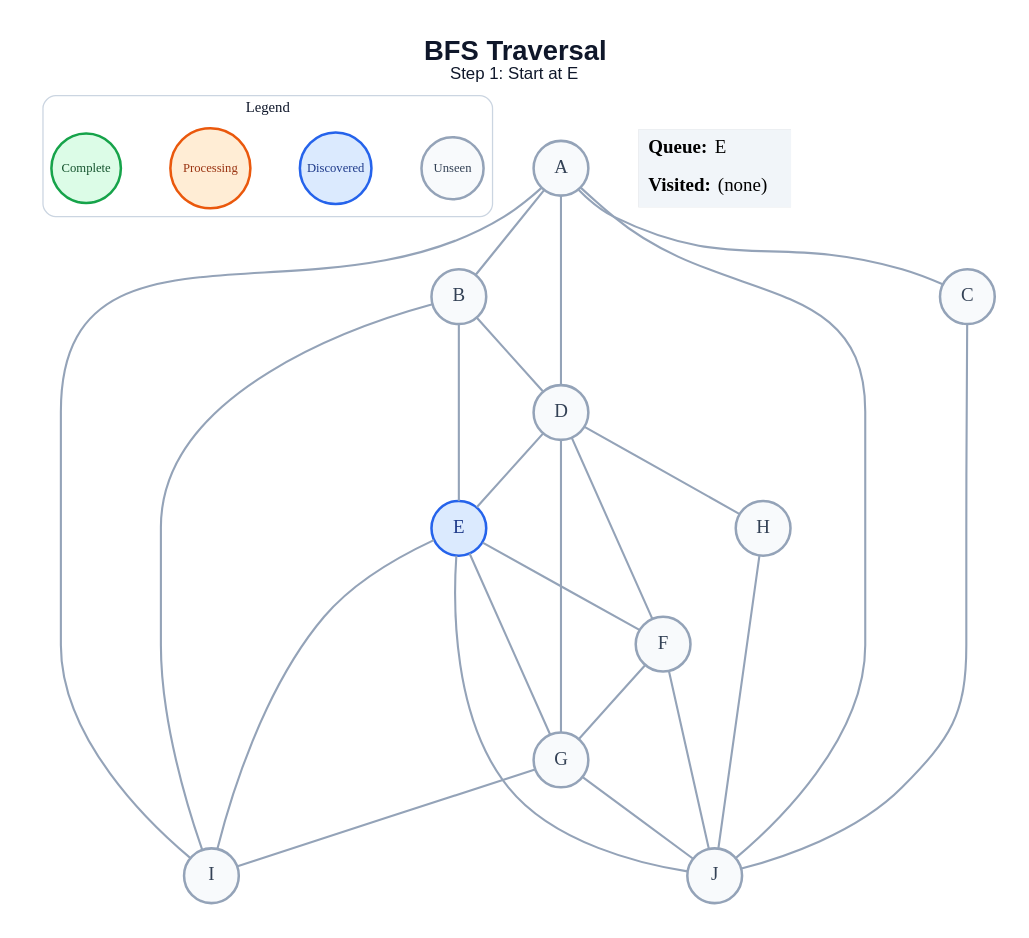
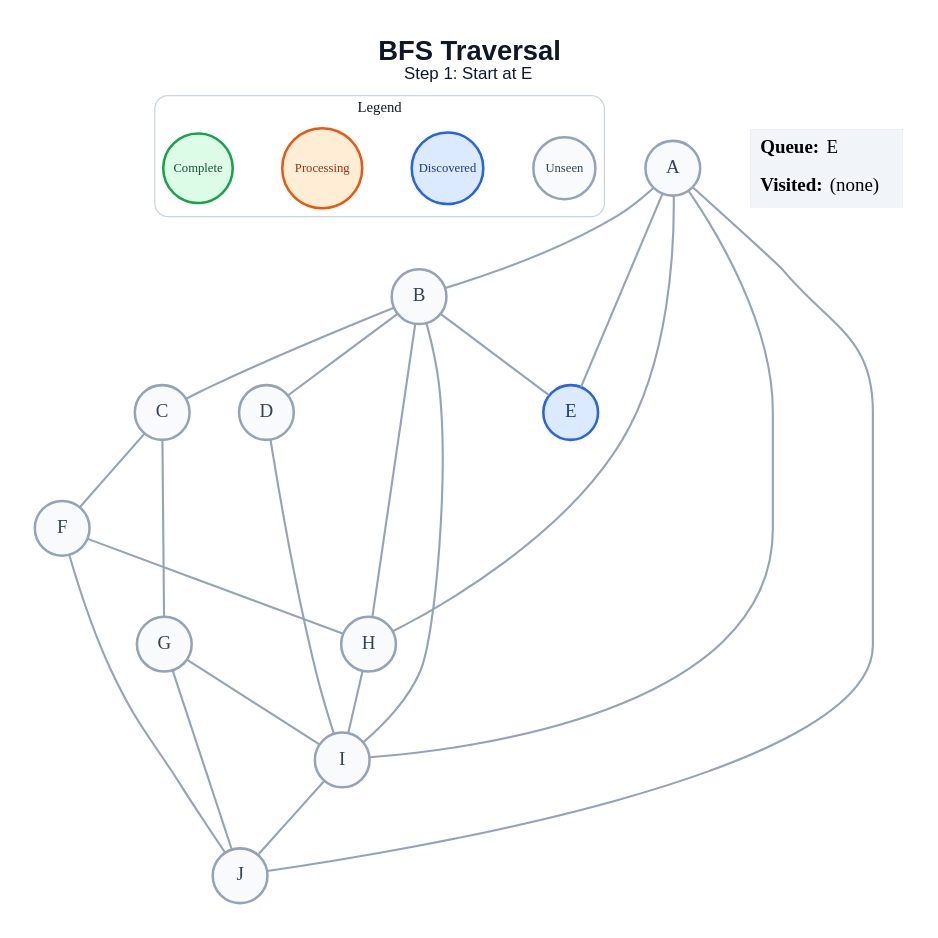
One commit to amanghodawala9/ai-slop changed the diagram in generated/specific-node/bfs/step_01.dot. Above: the diagram before and after it, drawn with Graphviz. The commit also changed 178 other files, not shown here.

```diff
--- a/generated/specific-node/bfs/step_01.dot
+++ b/generated/specific-node/bfs/step_01.dot
@@ -1,51 +1,48 @@
 graph traversal {
   graph [layout=dot, rankdir=TB, bgcolor="#FFFFFF", pad="0.35", nodesep="0.65", ranksep="0.8", fontname="Arial"];
   node [shape=circle, style="filled", fontname="Arial Bold", fontsize=18, width=0.72, fixedsize=true, penwidth=2.4];
   edge [color="#94A3B8", penwidth=2.0];
   label=<<B>BFS Traversal</B><BR/><FONT POINT-SIZE="16">Step 1: Start at E</FONT>>; labelloc="t"; fontsize=26; fontname="Arial"; fontcolor="#0F172A";
   subgraph cluster_legend { label="Legend"; color="#CBD5E1"; penwidth=1.2; style="rounded"; fontsize=14; fontname="Arial Bold";
     key_unseen [label="Unseen", fillcolor="#F8FAFC", color="#94A3B8", fontcolor="#334155", fontsize=12, width=0.82];
     key_frontier [label="Discovered", fillcolor="#DBEAFE", color="#2563EB", fontcolor="#1E3A8A", fontsize=12, width=0.95];
     key_current [label="Processing", fillcolor="#FFEDD5", color="#EA580C", fontcolor="#9A3412", fontsize=12, width=1.05];
     key_done [label="Complete", fillcolor="#DCFCE7", color="#16A34A", fontcolor="#14532D", fontsize=12, width=0.92];
     { rank=same; key_unseen; key_frontier; key_current; key_done; }
   }
   A [fillcolor="#F8FAFC", color="#94A3B8", fontcolor="#334155"];
   B [fillcolor="#F8FAFC", color="#94A3B8", fontcolor="#334155"];
   C [fillcolor="#F8FAFC", color="#94A3B8", fontcolor="#334155"];
   D [fillcolor="#F8FAFC", color="#94A3B8", fontcolor="#334155"];
   E [fillcolor="#DBEAFE", color="#2563EB", fontcolor="#1E3A8A"];
   F [fillcolor="#F8FAFC", color="#94A3B8", fontcolor="#334155"];
   G [fillcolor="#F8FAFC", color="#94A3B8", fontcolor="#334155"];
   H [fillcolor="#F8FAFC", color="#94A3B8", fontcolor="#334155"];
   I [fillcolor="#F8FAFC", color="#94A3B8", fontcolor="#334155"];
   J [fillcolor="#F8FAFC", color="#94A3B8", fontcolor="#334155"];
   A -- B;
-  A -- C;
-  A -- D;
+  A -- E;
+  A -- H;
   A -- I;
   A -- J;
+  B -- C;
   B -- D;
   B -- E;
+  B -- H;
   B -- I;
-  C -- J;
-  D -- E;
-  D -- F;
-  D -- G;
-  D -- H;
-  E -- F;
-  E -- G;
-  E -- I;
-  E -- J;
-  F -- G;
+  C -- F;
+  C -- G;
+  D -- I;
+  F -- H;
   F -- J;
   G -- I;
   G -- J;
-  H -- J;
+  H -- I;
+  I -- J;
   status [shape=plain, fixedsize=false, width=0, height=0, margin=0, label=<
     <TABLE BORDER="0" CELLBORDER="0" CELLPADDING="7" BGCOLOR="#F1F5F9">
       <TR><TD ALIGN="LEFT"><B>Queue:</B> E</TD></TR>
       <TR><TD ALIGN="LEFT"><B>Visited:</B> (none)</TD></TR>
     </TABLE>
   >];
 }
```
